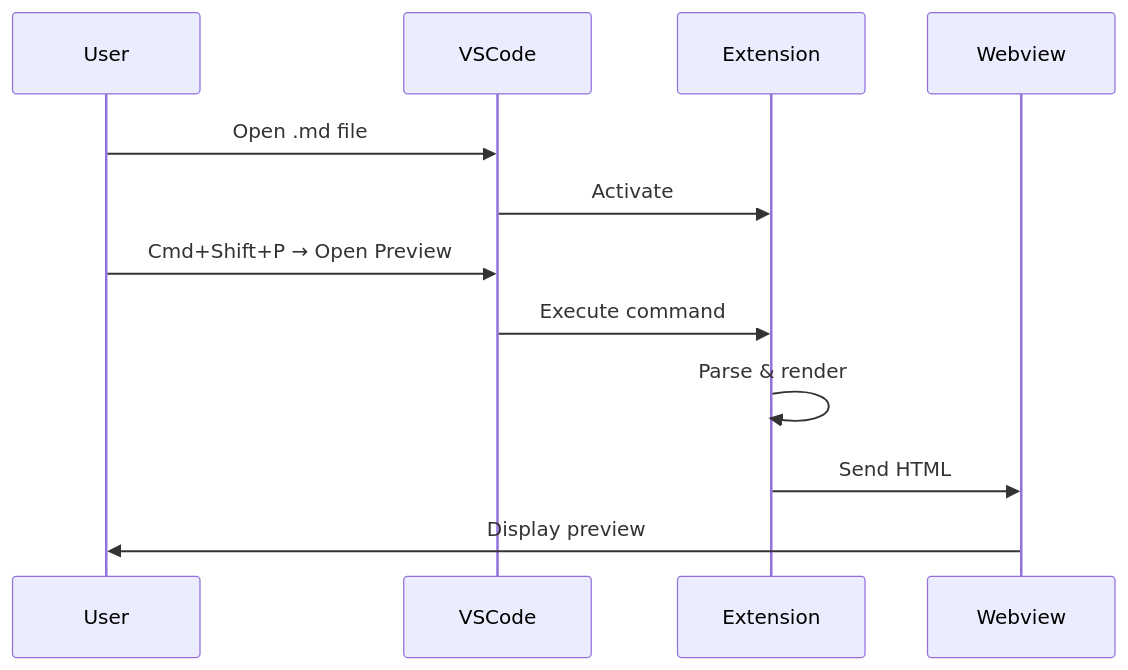
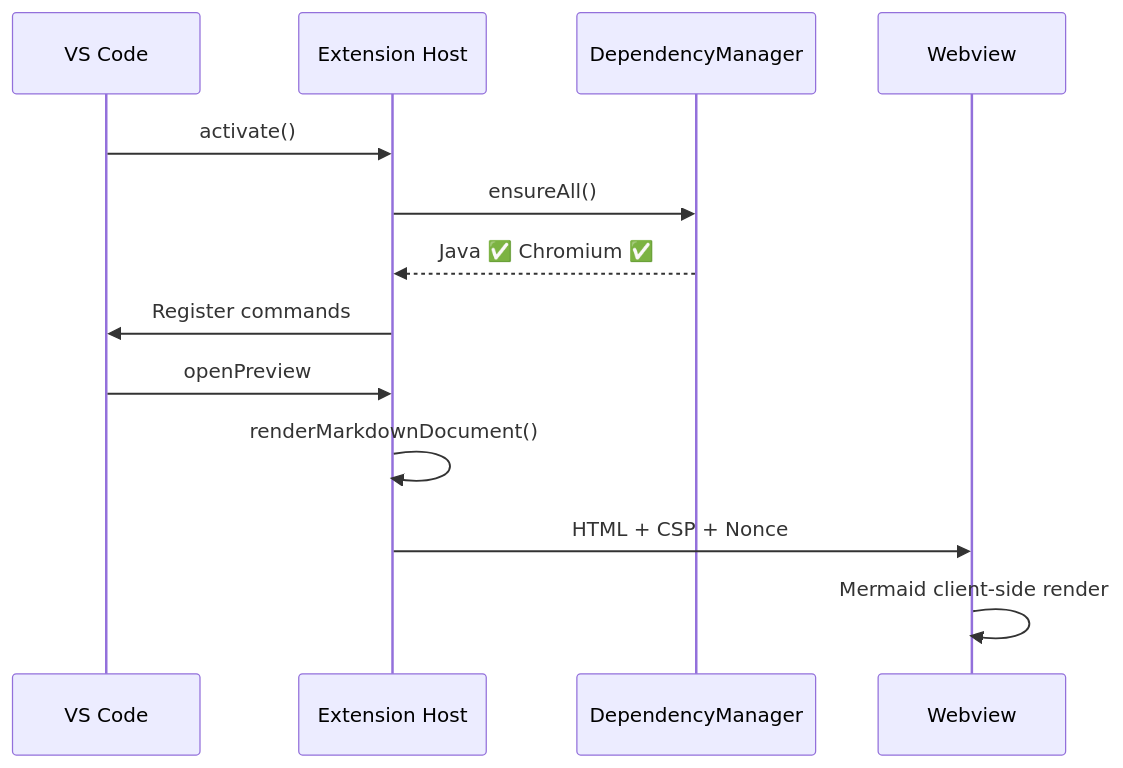
Before and after one commit to kino-6/vscode-markdown-studio: the second of 4 diagrams in examples/demo.md, drawn with Mermaid. The commit also changed other lines of this file and 5 other files, not shown here.

First line of the commit message:
fix: preserve PlantUML SVG attributes through sanitization pipeline

````diff
--- a/examples/demo.md
+++ b/examples/demo.md
@@ -56,15 +55,16 @@
 ```mermaid
 sequenceDiagram
-    participant User
-    participant VSCode
-    participant Extension
-    participant Webview
+    participant VS as VS Code
+    participant Ext as Extension Host
+    participant DM as DependencyManager
+    participant WV as Webview
 
-    User->>VSCode: Open .md file
-    VSCode->>Extension: Activate
-    User->>VSCode: Cmd+Shift+P → Open Preview
-    VSCode->>Extension: Execute command
-    Extension->>Extension: Parse & render
-    Extension->>Webview: Send HTML
-    Webview->>User: Display preview
+    VS->>Ext: activate()
+    Ext->>DM: ensureAll()
+    DM-->>Ext: Java ✅ Chromium ✅
+    Ext->>VS: Register commands
+    VS->>Ext: openPreview
+    Ext->>Ext: renderMarkdownDocument()
+    Ext->>WV: HTML + CSP + Nonce
+    WV->>WV: Mermaid client-side render
 ```
````
